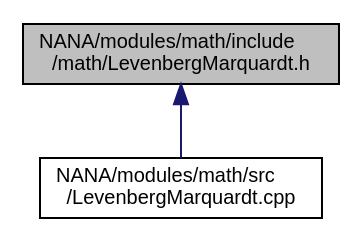
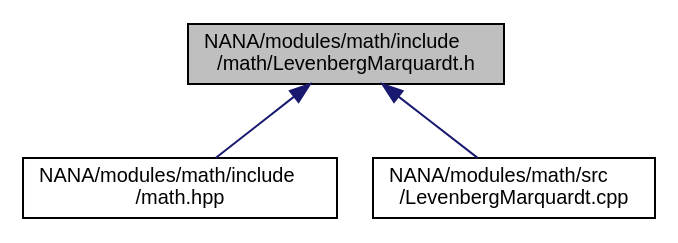
One commit to YuruTu/NANA changed the diagram in docs/_levenberg_marquardt_8h__dep__incl.dot. Above: the diagram before and after it, drawn with Graphviz. The commit also changed 123 other files, not shown here.

```diff
--- a/docs/_levenberg_marquardt_8h__dep__incl.dot
+++ b/docs/_levenberg_marquardt_8h__dep__incl.dot
@@ -1,9 +1,11 @@
 digraph "NANA/modules/math/include/math/LevenbergMarquardt.h"
 {
  // LATEX_PDF_SIZE
   edge [fontname="Helvetica",fontsize="10",labelfontname="Helvetica",labelfontsize="10"];
   node [fontname="Helvetica",fontsize="10",shape=record];
   Node1 [label="NANA/modules/math/include\l/math/LevenbergMarquardt.h",height=0.2,width=0.4,color="black", fillcolor="grey75", style="filled", fontcolor="black",tooltip="实现列文伯格-马夸尔特算法"];
   Node1 -> Node2 [dir="back",color="midnightblue",fontsize="10",style="solid",fontname="Helvetica"];
-  Node2 [label="NANA/modules/math/src\l/LevenbergMarquardt.cpp",height=0.2,width=0.4,color="black", fillcolor="white", style="filled",URL="$_levenberg_marquardt_8cpp_source.html",tooltip=" "];
+  Node2 [label="NANA/modules/math/include\l/math.hpp",height=0.2,width=0.4,color="black", fillcolor="white", style="filled",URL="$math_8hpp.html",tooltip="实现基本的数学运算"];
+  Node1 -> Node3 [dir="back",color="midnightblue",fontsize="10",style="solid",fontname="Helvetica"];
+  Node3 [label="NANA/modules/math/src\l/LevenbergMarquardt.cpp",height=0.2,width=0.4,color="black", fillcolor="white", style="filled",URL="$_levenberg_marquardt_8cpp_source.html",tooltip=" "];
 }
```
